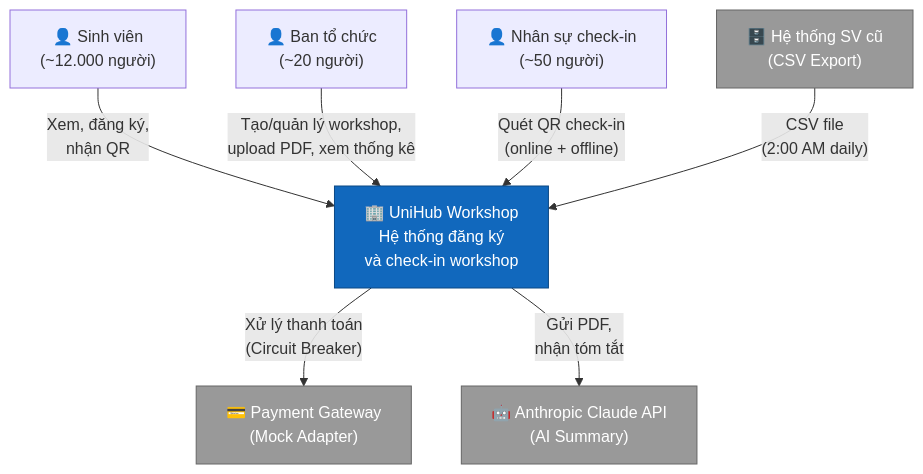
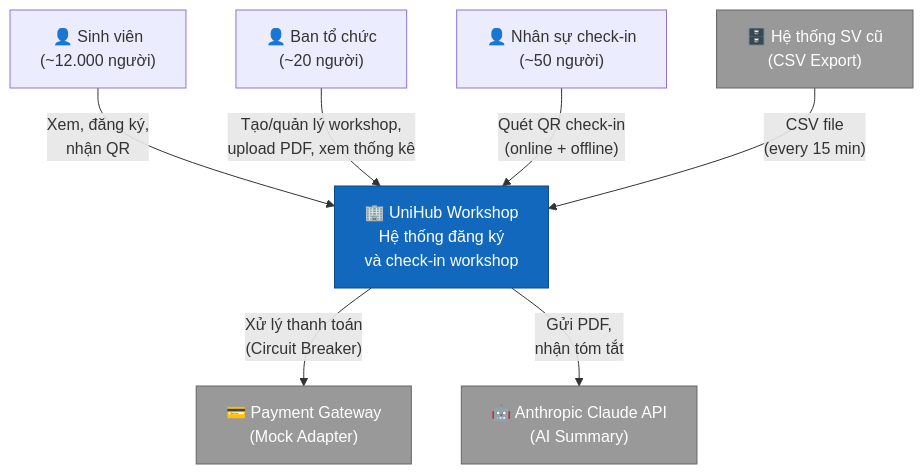
The first of 6 diagrams in blueprint/design.md (TMQ2k/UniHub-Workshop), drawn with Mermaid before and after one commit. The commit also changed other lines of this file and 14 other files, not shown here.

Commit message:
docs: establish initial architecture, database schema, and module specifications for UniHub Workshop

````diff
--- a/blueprint/design.md
+++ b/blueprint/design.md
@@ -51,25 +51,25 @@
 ```mermaid
 graph TB
     SV["👤 Sinh viên<br/>(~12.000 người)"]
     BTC["👤 Ban tổ chức<br/>(~20 người)"]
     STAFF["👤 Nhân sự check-in<br/>(~50 người)"]
 
     SYSTEM["🏢 UniHub Workshop<br/>Hệ thống đăng ký<br/>và check-in workshop"]
 
     PAY["💳 Payment Gateway<br/>(Mock Adapter)"]
     AI["🤖 Anthropic Claude API<br/>(AI Summary)"]
     LEGACY["🗄️ Hệ thống SV cũ<br/>(CSV Export)"]
 
     SV -- "Xem, đăng ký,<br/>nhận QR" --> SYSTEM
     BTC -- "Tạo/quản lý workshop,<br/>upload PDF, xem thống kê" --> SYSTEM
     STAFF -- "Quét QR check-in<br/>(online + offline)" --> SYSTEM
 
     SYSTEM -- "Xử lý thanh toán<br/>(Circuit Breaker)" --> PAY
     SYSTEM -- "Gửi PDF,<br/>nhận tóm tắt" --> AI
-    LEGACY -- "CSV file<br/>(2:00 AM daily)" --> SYSTEM
+    LEGACY -- "CSV file<br/>(every 15 min)" --> SYSTEM
 
     style SYSTEM fill:#1168bd,stroke:#0b4884,color:#fff
     style PAY fill:#999,stroke:#666,color:#fff
     style AI fill:#999,stroke:#666,color:#fff
     style LEGACY fill:#999,stroke:#666,color:#fff
 ```
````
